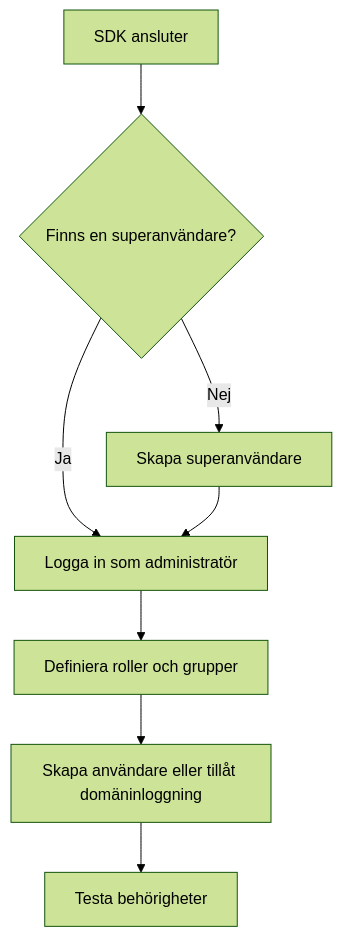
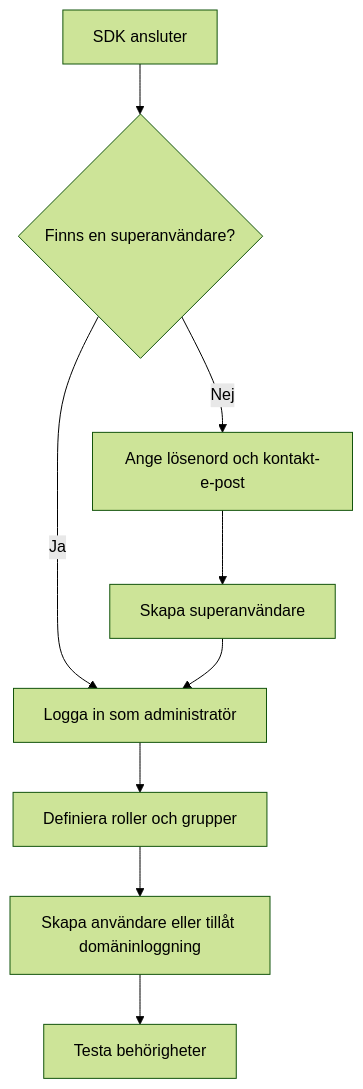
Before and after one commit to ImagingTools/Puma: the seventh of 19 diagrams in Docs/Benutzerhandbuch/Benutzerhandbuch_SV.md, drawn with Mermaid (forest theme). The commit also changed other lines of this file and 2 other files, not shown here.

````diff
--- a/Docs/Benutzerhandbuch/Benutzerhandbuch_SV.md
+++ b/Docs/Benutzerhandbuch/Benutzerhandbuch_SV.md
@@ -159,10 +217,11 @@
 ```mermaid
 flowchart TD
     A[SDK ansluter] --> B{Finns en superanvändare?}
-    B -->|Nej| C[Skapa superanvändare]
+    B -->|Nej| C[Ange lösenord och kontakt-e-post]
+    C --> H[Skapa superanvändare]
     B -->|Ja| D[Logga in som administratör]
-    C --> D
+    H --> D
     D --> E[Definiera roller och grupper]
     E --> F[Skapa användare eller tillåt domäninloggning]
     F --> G[Testa behörigheter]
 ```
````
